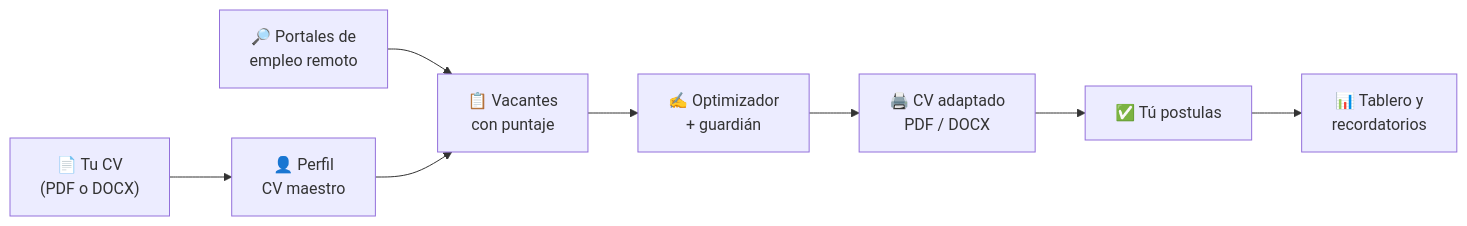
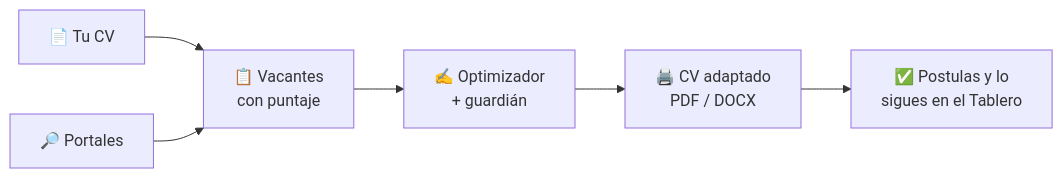
Before and after one commit to Freecssless/FinderRemoteJob: the diagram in README.md, drawn with Mermaid.

Commit message:
docs: diagrama del README más corto para que quepa

````diff
--- a/README.md
+++ b/README.md
@@ -117,10 +117,8 @@
 ```mermaid
 flowchart LR
-    A["📄 Tu CV<br/>(PDF o DOCX)"] --> B["👤 Perfil<br/>CV maestro"]
-    C["🔎 Portales de<br/>empleo remoto"] --> D["📋 Vacantes<br/>con puntaje"]
-    B --> D
+    A["📄 Tu CV"] --> D["📋 Vacantes<br/>con puntaje"]
+    C["🔎 Portales"] --> D
     D --> E["✍️ Optimizador<br/>+ guardián"]
     E --> F["🖨️ CV adaptado<br/>PDF / DOCX"]
-    F --> G["✅ Tú postulas"]
-    G --> H["📊 Tablero y<br/>recordatorios"]
+    F --> H["✅ Postulas y lo<br/>sigues en el Tablero"]
 ```
````
